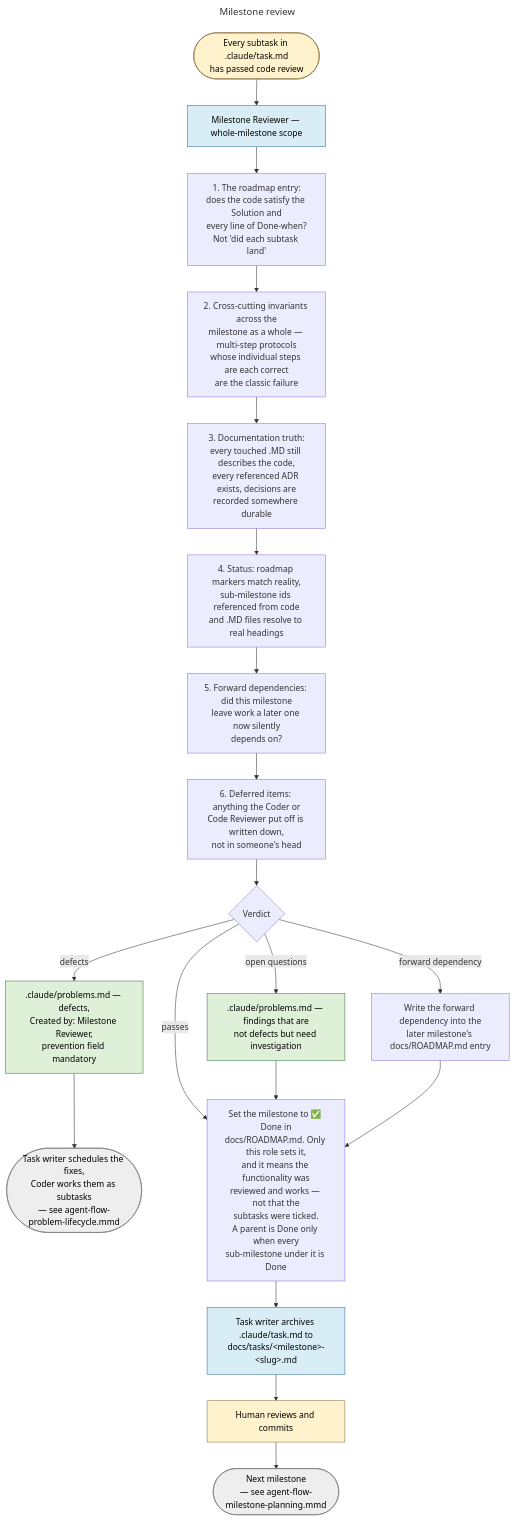
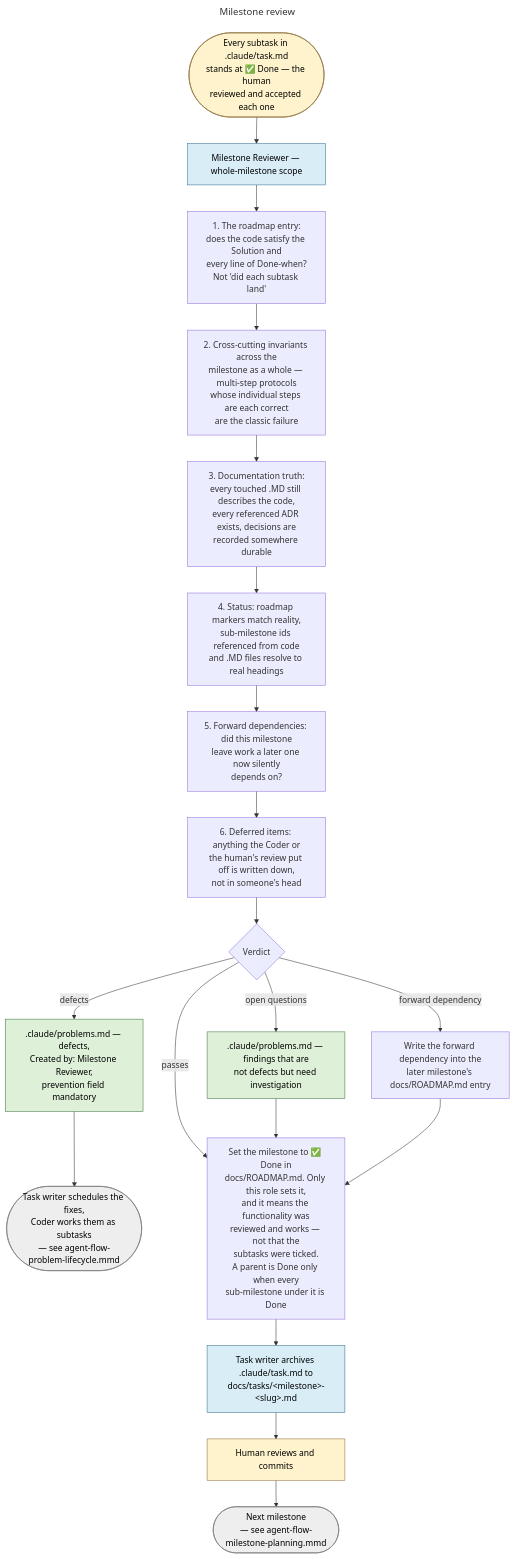
The diagram in docs/diagrams/agent-flow-milestone-review.mmd (Dmitriy-G/simple_rdbms), drawn with Mermaid before and after one commit. The commit also changed 12 other files, not shown here.

Commit message:
Remove the code reviewer agent

```diff
--- a/docs/diagrams/agent-flow-milestone-review.mmd
+++ b/docs/diagrams/agent-flow-milestone-review.mmd
@@ -1,37 +1,37 @@
 ---
 title: Milestone review
 ---
 flowchart TD
     classDef human fill:#fff3cd,stroke:#8a6d3b,color:#000
     classDef role fill:#d9edf7,stroke:#31708f,color:#000
     classDef channel fill:#dff0d8,stroke:#3c763d,color:#000
     classDef stop fill:#eeeeee,stroke:#777,color:#000
 
-    START(["Every subtask in .claude/task.md<br/>has passed code review"]):::human
+    START(["Every subtask in .claude/task.md<br/>stands at ✅ Done — the human<br/>reviewed and accepted each one"]):::human
     MR["Milestone Reviewer — whole-milestone scope"]:::role
 
     C1["1. The roadmap entry:<br/>does the code satisfy the Solution and<br/>every line of Done-when?<br/>Not 'did each subtask land'"]
     C2["2. Cross-cutting invariants across the<br/>milestone as a whole — multi-step protocols<br/>whose individual steps are each correct<br/>are the classic failure"]
     C3["3. Documentation truth:<br/>every touched .MD still describes the code,<br/>every referenced ADR exists, decisions are<br/>recorded somewhere durable"]
     C4["4. Status: roadmap markers match reality,<br/>sub-milestone ids referenced from code<br/>and .MD files resolve to real headings"]
     C5["5. Forward dependencies: did this milestone<br/>leave work a later one now silently<br/>depends on?"]
-    C6["6. Deferred items: anything the Coder or<br/>Code Reviewer put off is written down,<br/>not in someone's head"]
+    C6["6. Deferred items: anything the Coder or<br/>the human's review put off is written down,<br/>not in someone's head"]
 
     VERDICT{"Verdict"}
     BUGS[".claude/problems.md — defects,<br/>Created by: Milestone Reviewer,<br/>prevention field mandatory"]:::channel
     PROB[".claude/problems.md — findings that are<br/>not defects but need investigation"]:::channel
     FWD["Write the forward dependency into the<br/>later milestone's docs/ROADMAP.md entry"]
 
     LOOP(["Task writer schedules the fixes,<br/>Coder works them as subtasks<br/>— see agent-flow-problem-lifecycle.mmd"]):::stop
     DONE["Set the milestone to ✅ Done in<br/>docs/ROADMAP.md. Only this role sets it,<br/>and it means the functionality was<br/>reviewed and works — not that the<br/>subtasks were ticked.<br/>A parent is Done only when every<br/>sub-milestone under it is Done"]
     ARCHIVE["Task writer archives .claude/task.md to<br/>docs/tasks/&lt;milestone&gt;-&lt;slug&gt;.md"]:::role
     HUMAN["Human reviews and commits"]:::human
     NEXT(["Next milestone<br/>— see agent-flow-milestone-planning.mmd"]):::stop
 
     START --> MR --> C1 --> C2 --> C3 --> C4 --> C5 --> C6 --> VERDICT
     VERDICT -- "defects" --> BUGS --> LOOP
     VERDICT -- "open questions" --> PROB
     VERDICT -- "forward dependency" --> FWD
     VERDICT -- "passes" --> DONE --> ARCHIVE --> HUMAN --> NEXT
     PROB --> DONE
     FWD --> DONE
```
